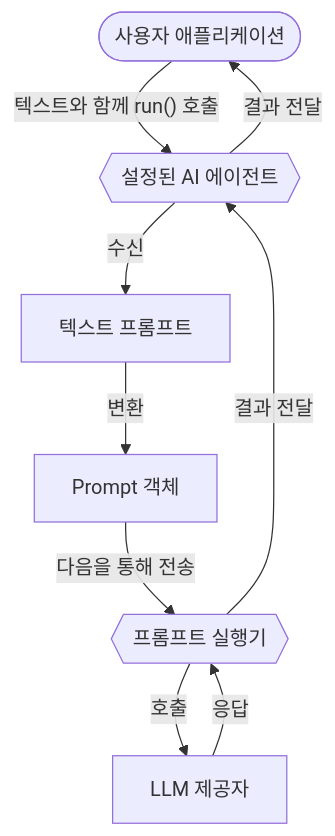
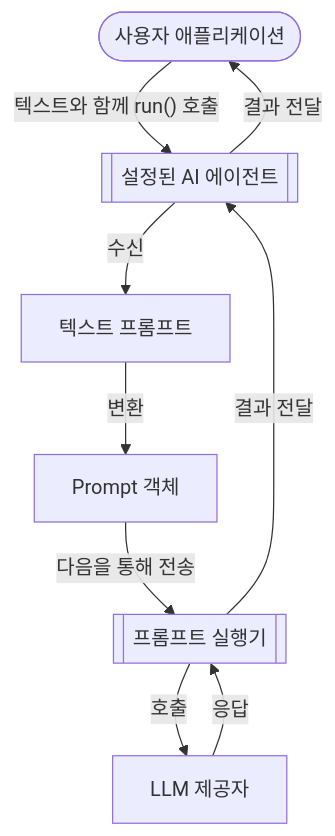
The second of 2 diagrams in docs/ko/koog/prompts/index.md (BinaryTape/Open-Docs), drawn with Mermaid before and after one commit. The commit also changed 41 other files, not shown here.

````diff
--- a/docs/ko/koog/prompts/index.md
+++ b/docs/ko/koog/prompts/index.md
@@ -175,18 +175,18 @@
 ```mermaid
 flowchart TB
     A([사용자 애플리케이션])
-    B{{설정된 AI 에이전트}}
+    B[[설정된 AI 에이전트]]
     C["텍스트 프롬프트"]
     D["Prompt 객체"]
-    E{{프롬프트 실행기}}
+    E[[프롬프트 실행기]]
     F[LLM 제공자]
 
     A -->|"텍스트와 함께 run() 호출"| B
     B -->|"수신"| C
     C -->|"변환"| D
     D -->|"다음을 통해 전송"| E
     E -->|"호출"| F
     F -->|"응답"| E
     E -->|"결과 전달"| B
     B -->|"결과 전달"| A
 ```
````
